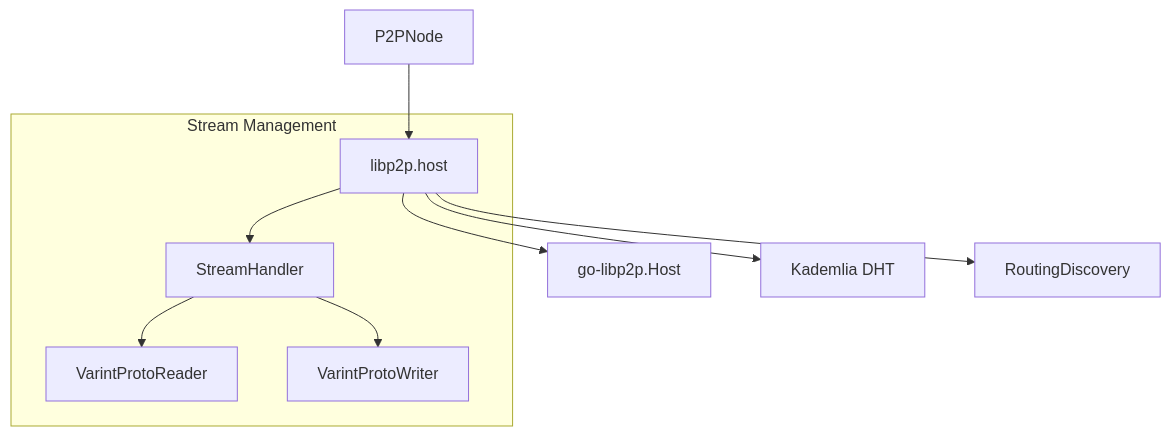
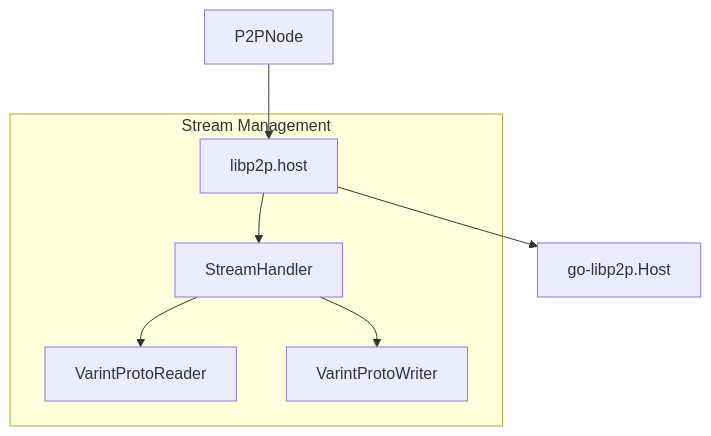
Before and after one commit to hyperledger-labs/fabric-smart-client: the diagram in docs/platform/view/services/comm/libp2p.md, drawn with Mermaid. The commit also changed other lines of this file and 47 other files, not shown here.

````diff
--- a/docs/platform/view/services/comm/libp2p.md
+++ b/docs/platform/view/services/comm/libp2p.md
@@ -21,13 +21,11 @@
 ```mermaid
 graph TD
     Node[P2PNode] --> Host[libp2p.host]
     Host --> Libp2p[go-libp2p.Host]
-    Host --> DHT[Kademlia DHT]
-    Host --> Finder[RoutingDiscovery]
     
     subgraph "Stream Management"
         Host --> Handler[StreamHandler]
         Handler --> ProtoReader[VarintProtoReader]
         Handler --> ProtoWriter[VarintProtoWriter]
     end
 ```
````
